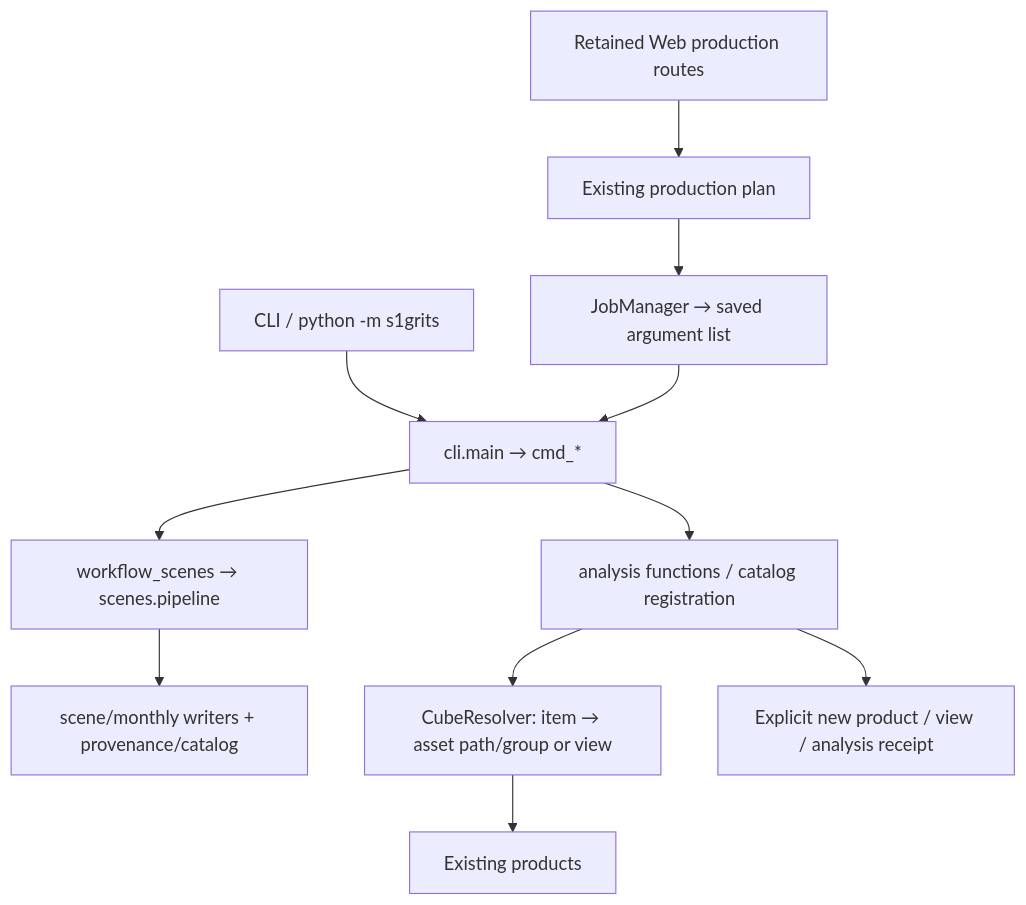
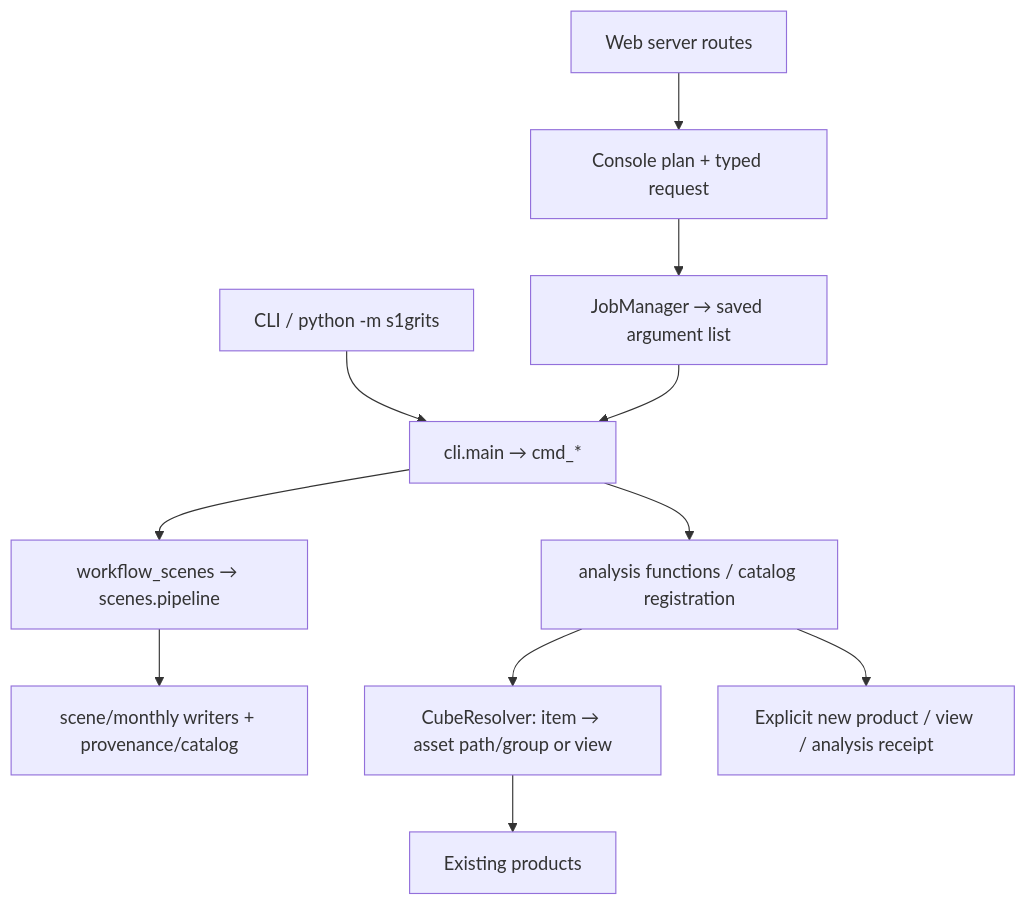
The diagram in docs/call_flow.md (ottoKae/S1-GRiTS), drawn with Mermaid before and after one commit. The commit also changed other lines of this file and 39 other files, not shown here.

Commit message:
feat(web): preserve deferred console updates for a later release

````diff
--- a/docs/call_flow.md
+++ b/docs/call_flow.md
@@ -9,13 +8,13 @@
 ```mermaid
 flowchart TD
     U["CLI / python -m s1grits"] --> C["cli.main → cmd_*"]
-    W["Retained Web production routes"] --> P["Existing production plan"]
+    W["Web server routes"] --> P["Console plan + typed request"]
     P --> J["JobManager → saved argument list"]
     J --> C
     C --> S["workflow_scenes → scenes.pipeline"]
     S --> O["scene/monthly writers + provenance/catalog"]
     C --> A["analysis functions / catalog registration"]
     A --> R["CubeResolver: item → asset path/group or view"]
     R --> D["Existing products"]
     A --> N["Explicit new product / view / analysis receipt"]
 ```
````
